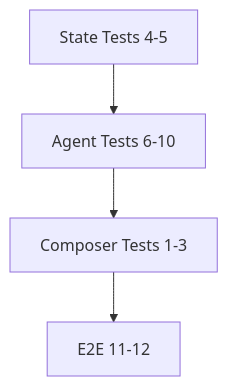
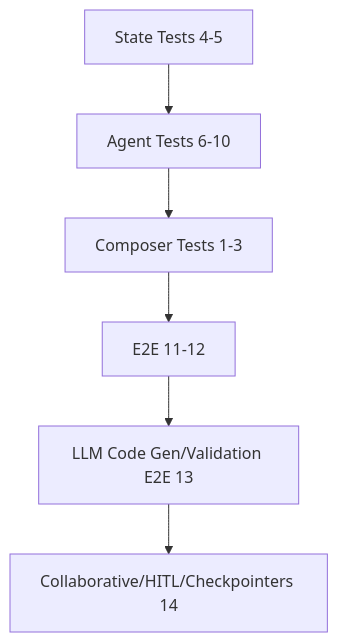
Before and after one commit to andyholst/obsidian-timestamp-utility: the diagram in agents/agentics/tests/integration/INTEGRATION_TEST_PLAN.md, drawn with Mermaid. The commit also changed other lines of this file and 3 other files, not shown here.

````diff
--- a/agents/agentics/tests/integration/INTEGRATION_TEST_PLAN.md
+++ b/agents/agentics/tests/integration/INTEGRATION_TEST_PLAN.md
@@ -135,6 +149,8 @@
 ```mermaid
 graph TD
     A[State Tests 4-5] --> B[Agent Tests 6-10]
     B --> C[Composer Tests 1-3]
     C --> D[E2E 11-12]
+    D --> E[LLM Code Gen/Validation E2E 13]
+    E --> F[Collaborative/HITL/Checkpointers 14]
 ```
````
